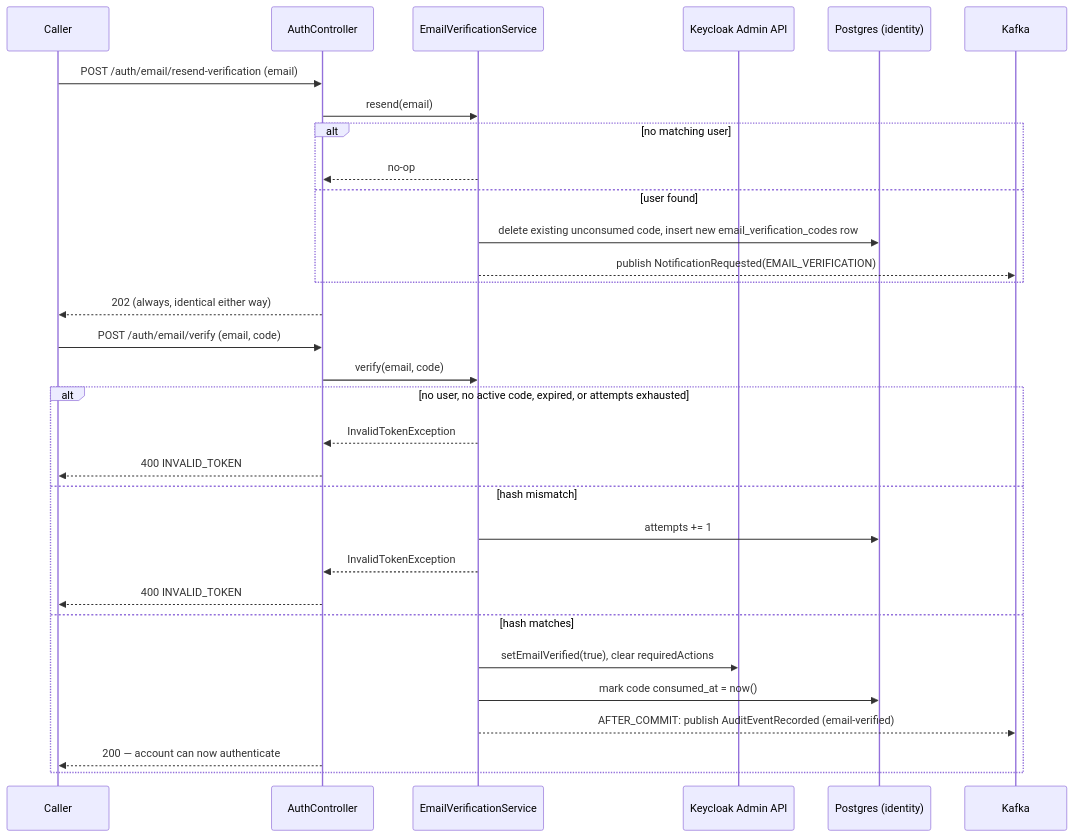
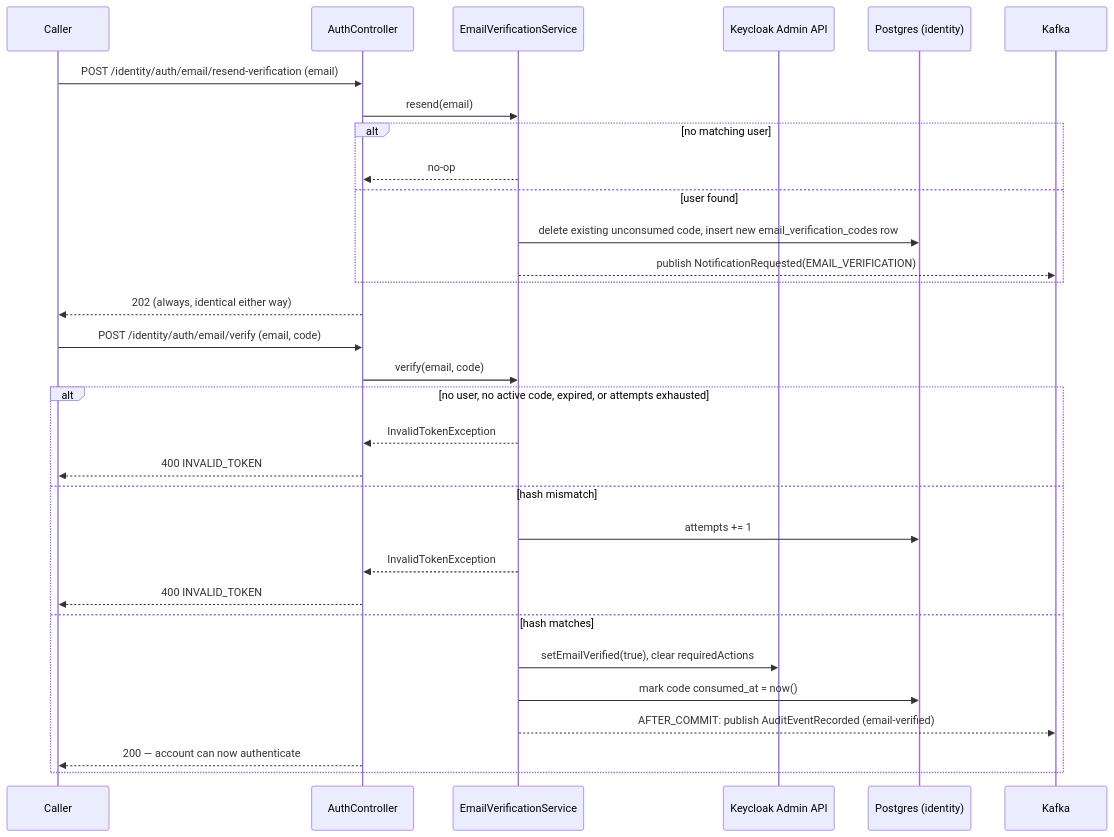
One commit to Wamitinewton/Pallet.io changed the sixth of 8 diagrams in docs/identity-service/ARCHITECTURE.md. Above: the diagram before and after it, drawn with Mermaid. The commit also changed other lines of this file and 9 other files, not shown here.

````diff
--- a/docs/identity-service/ARCHITECTURE.md
+++ b/docs/identity-service/ARCHITECTURE.md
@@ -615,35 +620,35 @@
 ```mermaid
 sequenceDiagram
     participant C as Caller
     participant Ctl as AuthController
     participant Ver as EmailVerificationService
     participant KC as Keycloak Admin API
     participant DB as Postgres (identity)
     participant K as Kafka
 
-    C->>Ctl: POST /auth/email/resend-verification (email)
+    C->>Ctl: POST /identity/auth/email/resend-verification (email)
     Ctl->>Ver: resend(email)
     alt no matching user
         Ver-->>Ctl: no-op
     else user found
         Ver->>DB: delete existing unconsumed code, insert new email_verification_codes row
         Ver-->>K: publish NotificationRequested(EMAIL_VERIFICATION)
     end
     Ctl-->>C: 202 (always, identical either way)
 
-    C->>Ctl: POST /auth/email/verify (email, code)
+    C->>Ctl: POST /identity/auth/email/verify (email, code)
     Ctl->>Ver: verify(email, code)
     alt no user, no active code, expired, or attempts exhausted
         Ver-->>Ctl: InvalidTokenException
         Ctl-->>C: 400 INVALID_TOKEN
     else hash mismatch
         Ver->>DB: attempts += 1
         Ver-->>Ctl: InvalidTokenException
         Ctl-->>C: 400 INVALID_TOKEN
     else hash matches
         Ver->>KC: setEmailVerified(true), clear requiredActions
         Ver->>DB: mark code consumed_at = now()
         Ver-->>K: AFTER_COMMIT: publish AuditEventRecorded (email-verified)
         Ctl-->>C: 200 — account can now authenticate
     end
 ```
````
